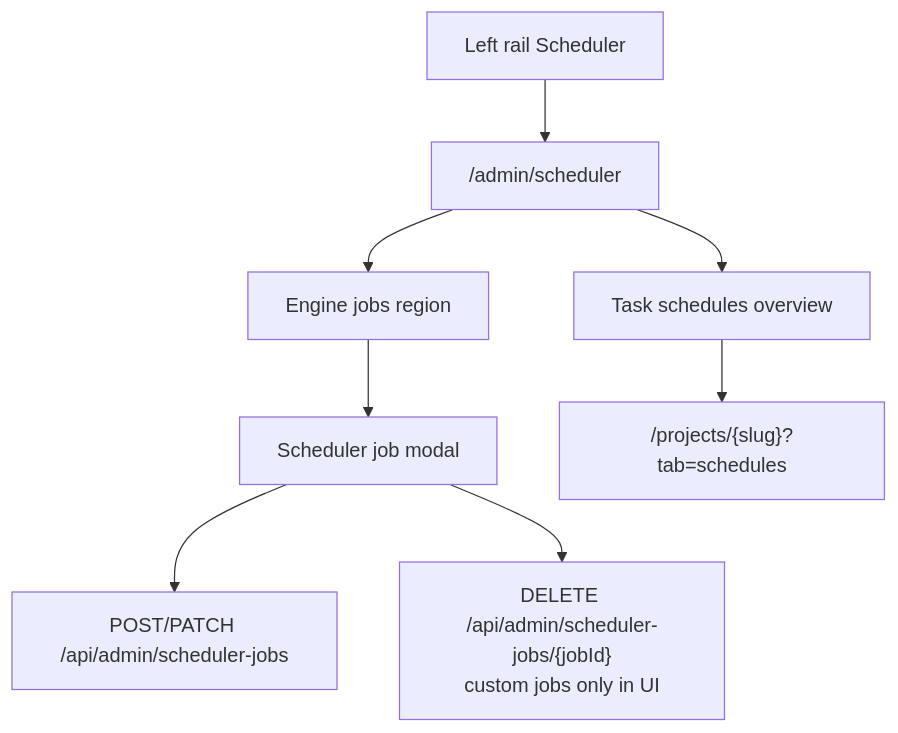
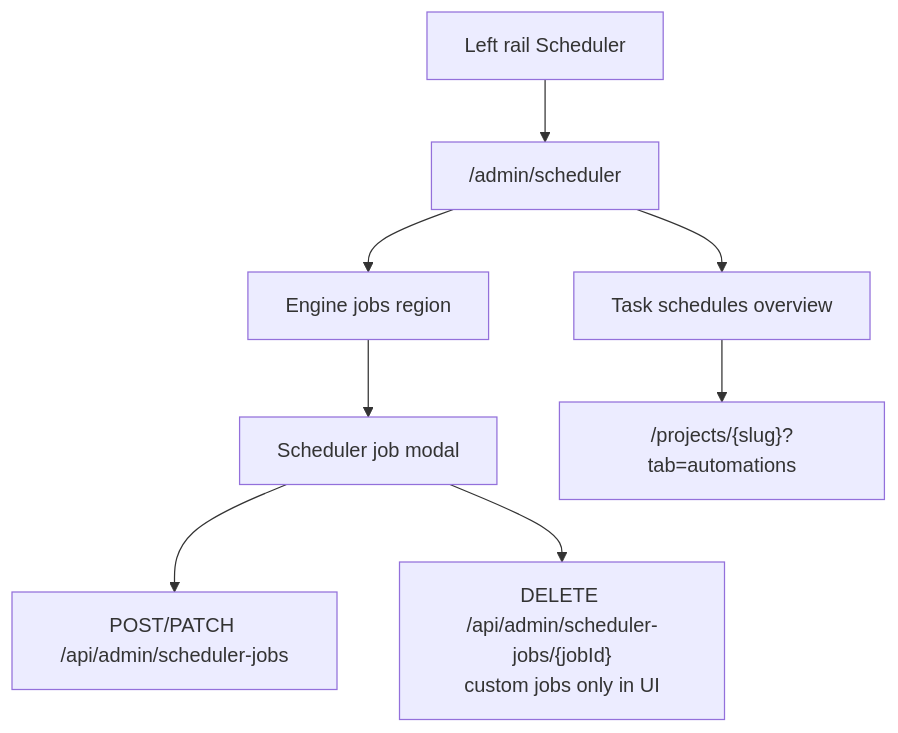
Before and after one commit to maister-dev/maister: the first of 3 diagrams in docs/screens/admin-scheduler.md, drawn with Mermaid. The commit also changed other lines of this file and 16 other files, not shown here.

````diff
--- a/docs/screens/admin-scheduler.md
+++ b/docs/screens/admin-scheduler.md
@@ -38,10 +38,10 @@
 ```mermaid
 flowchart TD
     Rail["Left rail Scheduler"] --> Page["/admin/scheduler"]
     Page --> Engine["Engine jobs region"]
     Page --> Schedules["Task schedules overview"]
     Engine --> Modal["Scheduler job modal"]
     Modal --> Save["POST/PATCH /api/admin/scheduler-jobs"]
     Modal --> Delete["DELETE /api/admin/scheduler-jobs/{jobId}<br/>custom jobs only in UI"]
-    Schedules --> Project["/projects/{slug}?tab=schedules"]
+    Schedules --> Project["/projects/{slug}?tab=automations"]
 ```
````
